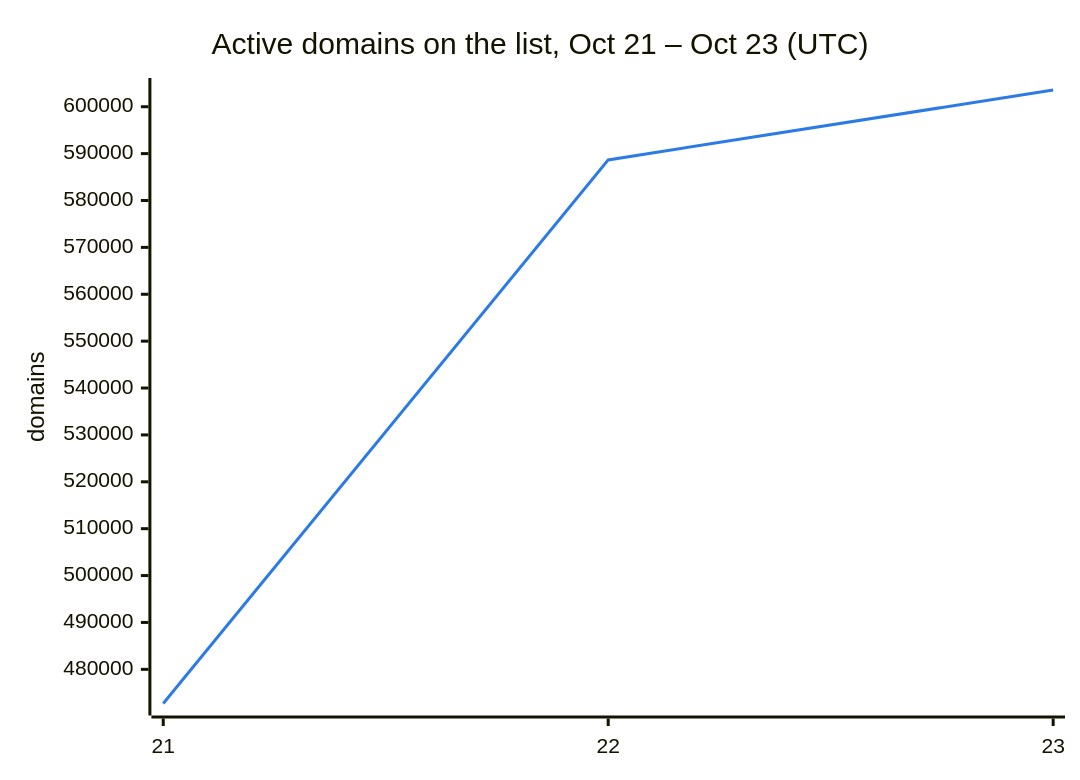
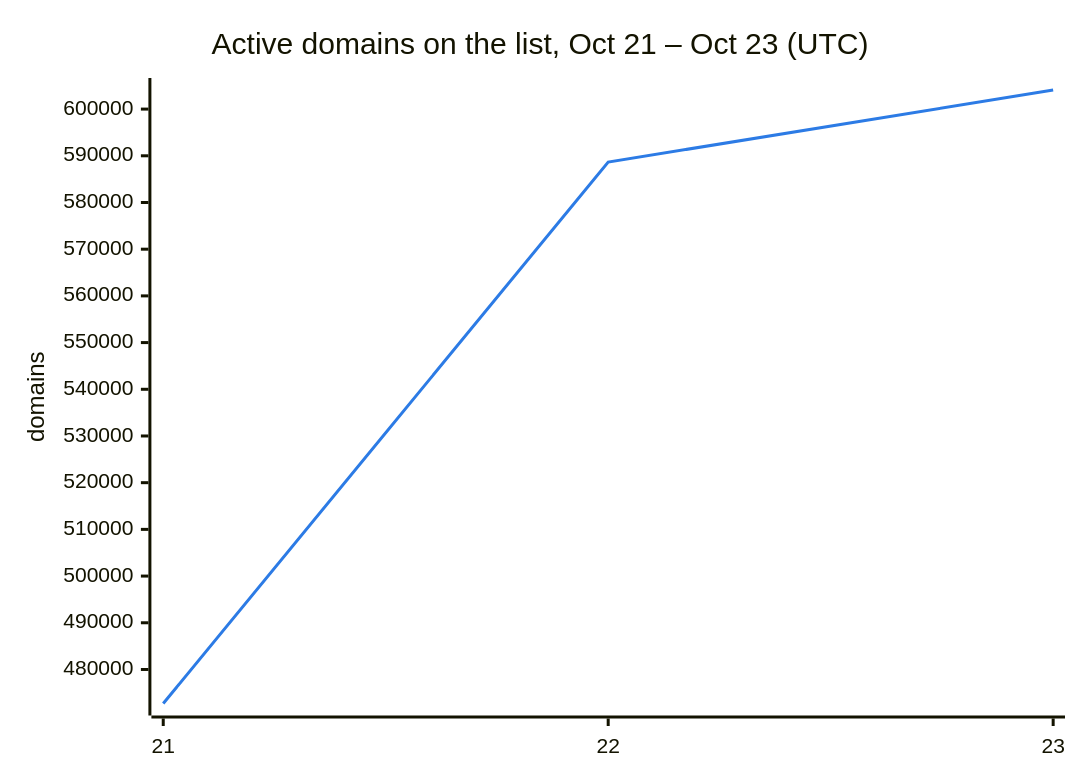
Before and after one commit to DNSBunker/CTI: the second of 3 diagrams in README.md, drawn with Mermaid. The commit also changed other lines of this file and 3 other files, not shown here.

````diff
--- a/README.md
+++ b/README.md
@@ -38,8 +38,8 @@
 ```mermaid
 %%{init: {"themeVariables": {"xyChart": {"plotColorPalette": "#2c7be5"}}}}%%
 xychart-beta
     title "Active domains on the list, Oct 21 – Oct 23 (UTC)"
     x-axis ["21", "22", "23"]
     y-axis "domains"
-    line [472713, 588659, 603568]
+    line [472713, 588659, 604089]
 ```
````
